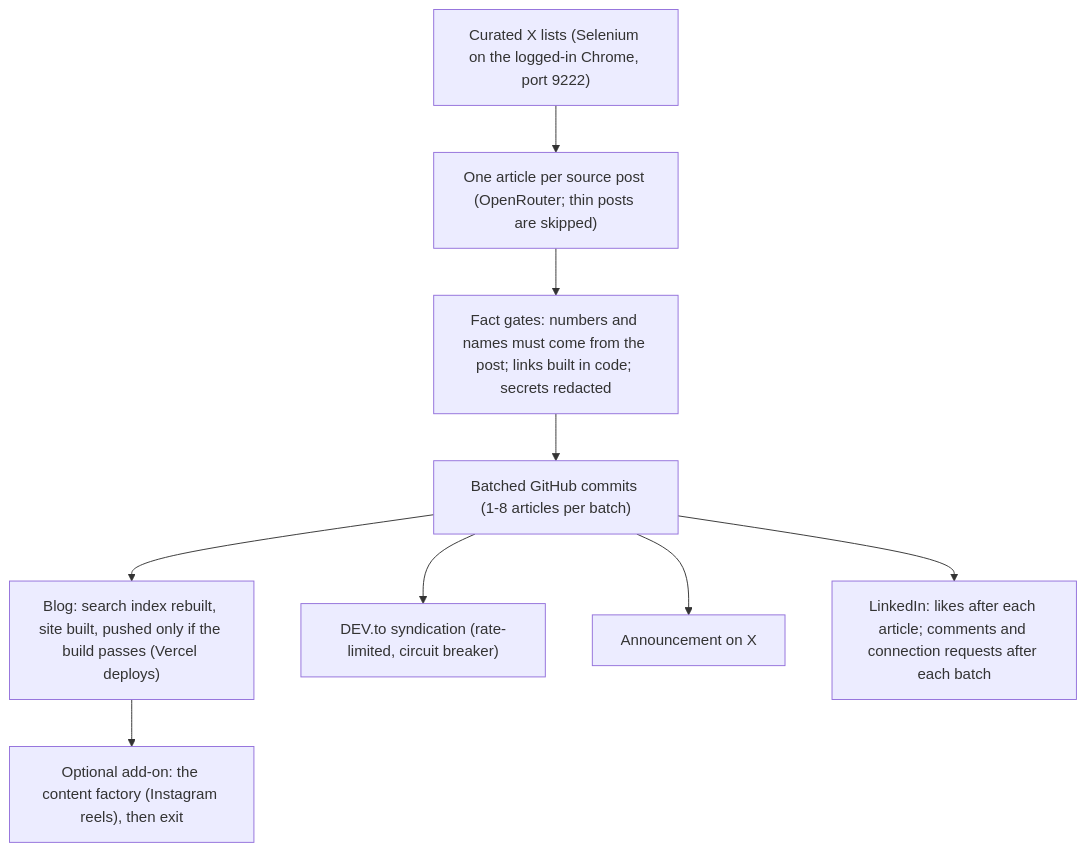
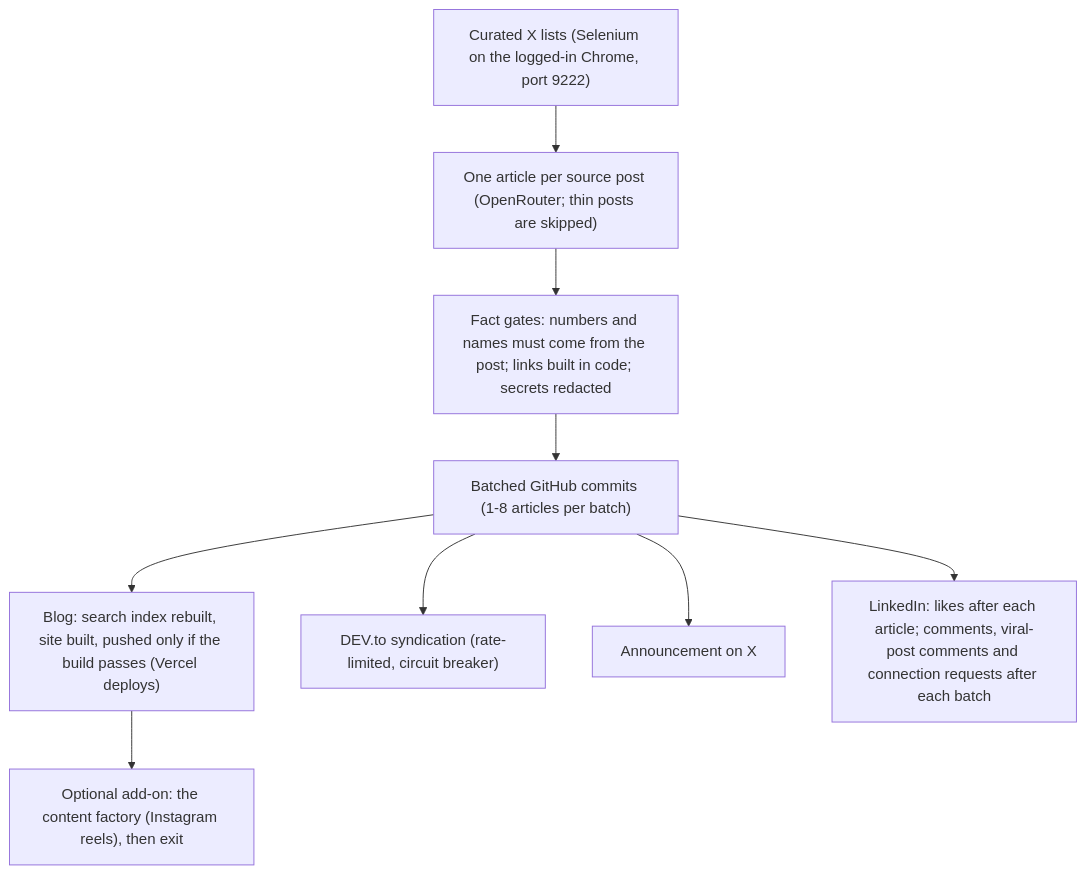
The diagram in README.md (Drix10/ai-resources-pipeline), drawn with Mermaid before and after one commit. The commit also changed other lines of this file and 21 other files, not shown here.

First line of the commit message:
LinkedIn viral pass, a per-job LLM provider switch with Claude, and SEO-led titles

````diff
--- a/README.md
+++ b/README.md
@@ -9,11 +9,11 @@
 ```mermaid
 flowchart TD
     A["Curated X lists (Selenium on the logged-in Chrome, port 9222)"] --> B["One article per source post (OpenRouter; thin posts are skipped)"]
     B --> C["Fact gates: numbers and names must come from the post; links built in code; secrets redacted"]
     C --> D["Batched GitHub commits (1-8 articles per batch)"]
     D --> E["Blog: search index rebuilt, site built, pushed only if the build passes (Vercel deploys)"]
     D --> F["DEV.to syndication (rate-limited, circuit breaker)"]
     D --> G["Announcement on X"]
-    D --> H["LinkedIn: likes after each article; comments and connection requests after each batch"]
+    D --> H["LinkedIn: likes after each article; comments, viral-post comments and connection requests after each batch"]
     E --> I["Optional add-on: the content factory (Instagram reels), then exit"]
 ```
````
